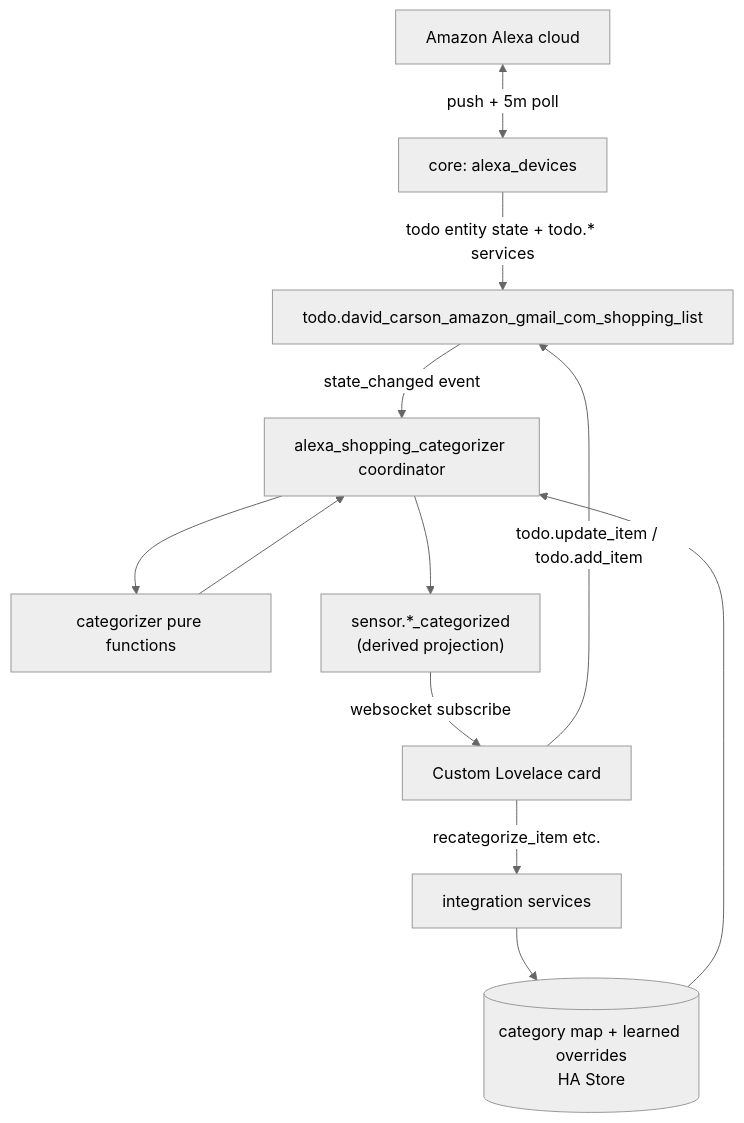
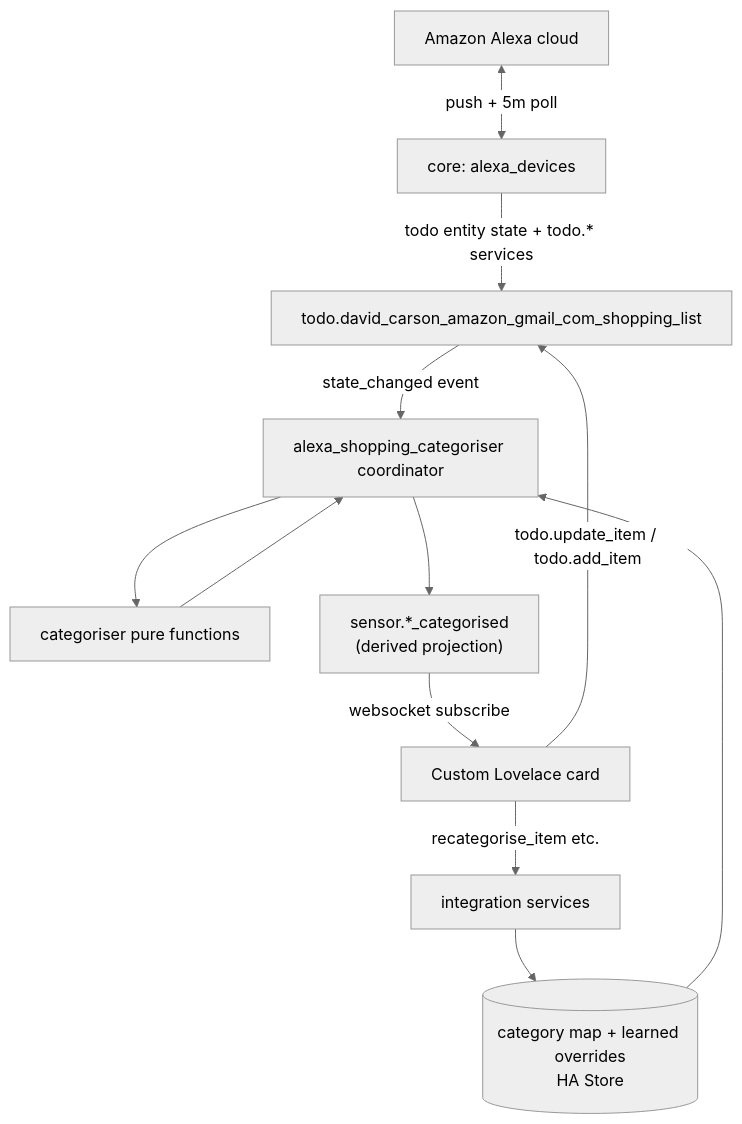
One commit to TIA568B/HAShoppingList changed the diagram in docs/plans/00-executive-summary.md. Above: the diagram before and after it, drawn with Mermaid (neutral theme). The commit also changed other lines of this file and 47 other files, not shown here.

````diff
--- a/docs/plans/00-executive-summary.md
+++ b/docs/plans/00-executive-summary.md
@@ -27,14 +27,14 @@
 ```mermaid
 flowchart TD
     Alexa[Amazon Alexa cloud] <-->|push + 5m poll| AD[core: alexa_devices]
     AD -->|todo entity state + todo.* services| SRC["todo.david_carson_amazon_gmail_com_shopping_list"]
-    SRC -->|state_changed event| COORD[alexa_shopping_categorizer coordinator]
+    SRC -->|state_changed event| COORD[alexa_shopping_categoriser coordinator]
     STORE[(category map + learned overrides<br/>HA Store)] --> COORD
-    COORD --> CAT[categorizer pure functions]
+    COORD --> CAT[categoriser pure functions]
     CAT --> COORD
-    COORD --> SENSOR["sensor.*_categorized<br/>(derived projection)"]
+    COORD --> SENSOR["sensor.*_categorised<br/>(derived projection)"]
     SENSOR -->|websocket subscribe| CARD[Custom Lovelace card]
     CARD -->|todo.update_item / todo.add_item| SRC
-    CARD -->|recategorize_item etc.| SVC[integration services]
+    CARD -->|recategorise_item etc.| SVC[integration services]
     SVC --> STORE
 ```
````
